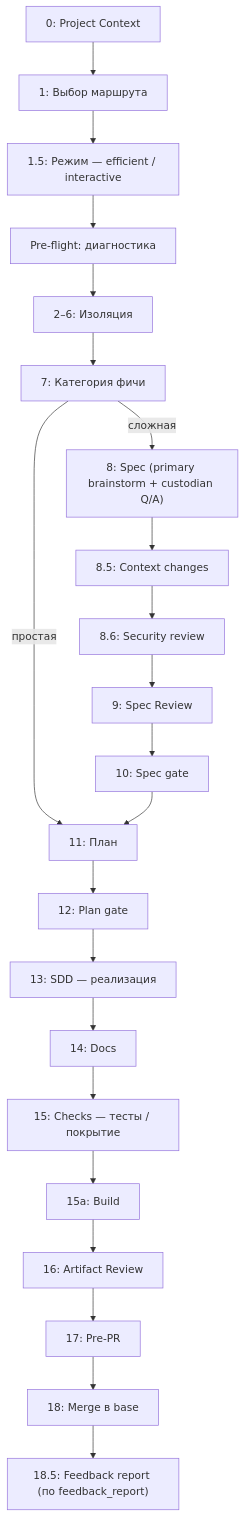
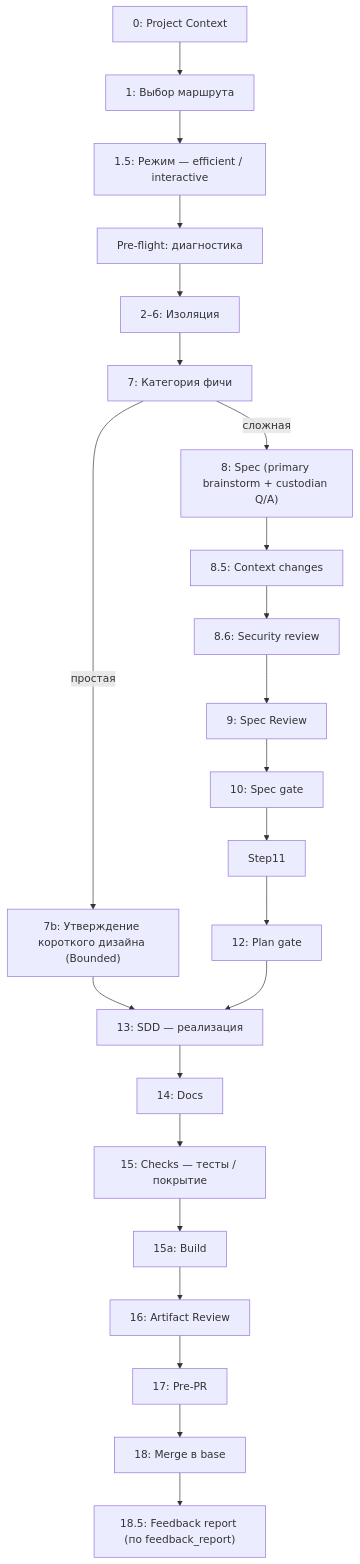
Before and after one commit to wad-jet/maestro: the first of 2 diagrams in manual_docs/explanation/pipeline-overview.md, drawn with Mermaid. The commit also changed other lines of this file and 1 other file, not shown here.

````diff
--- a/manual_docs/explanation/pipeline-overview.md
+++ b/manual_docs/explanation/pipeline-overview.md
@@ -76,27 +82,28 @@
 ```mermaid
 flowchart TB
   Step0["0: Project Context"] --> Step1["1: Выбор маршрута"]
   Step1 --> Step15["1.5: Режим — efficient / interactive"]
   Step15 --> Step2["Pre-flight: диагностика"]
   Step2 --> Step3_6["2–6: Изоляция"]
   Step3_6 --> Step7["7: Категория фичи"]
 
   Step7 -- сложная --> Step8["8: Spec (primary brainstorm + custodian Q/A)"]
-  Step7 -- простая --> Step11["11: План"]
+  Step7 -- простая --> Step7b["7b: Утверждение короткого дизайна (Bounded)"]
+  Step7b --> Step13["13: SDD — реализация"]
 
   Step8 --> Step85["8.5: Context changes"]
   Step85 --> Step86["8.6: Security review"]
   Step86 --> Step9["9: Spec Review"]
   Step9 --> Step10["10: Spec gate"]
   Step10 --> Step11
 
   Step11 --> Step12["12: Plan gate"]
   Step12 --> Step13["13: SDD — реализация"]
   Step13 --> Step14["14: Docs"]
   Step14 --> Step15a["15: Checks — тесты / покрытие"]
   Step15a --> Step15b["15a: Build"]
   Step15b --> Step16["16: Artifact Review"]
   Step16 --> Step17["17: Pre-PR"]
   Step17 --> Step18["18: Merge в base"]
   Step18 --> Step185["18.5: Feedback report (по feedback_report)"]
 ```
````
